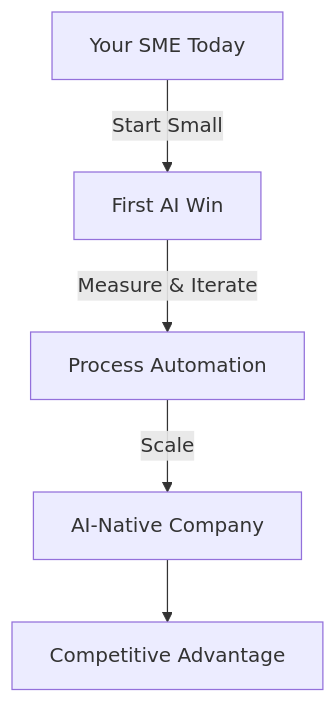
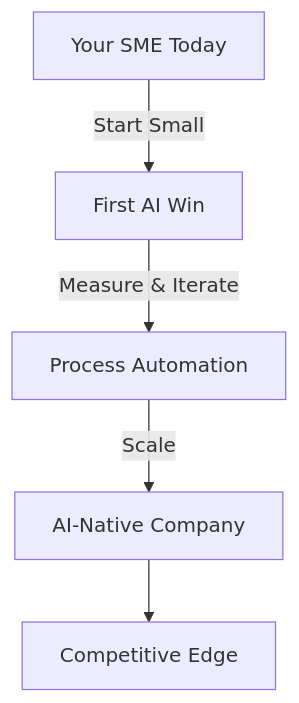
Before and after one commit to Toastaspiring/Portfolio2026: the seventh of 7 diagrams in posts/ai-for-sme.md, drawn with Mermaid. The commit also changed other lines of this file, not shown here.

````diff
--- a/posts/ai-for-sme.md
+++ b/posts/ai-for-sme.md
@@ -211,8 +211,8 @@
 ```mermaid
 graph TD
     A[Your SME Today] -->|Start Small| B[First AI Win]
     B -->|Measure & Iterate| C[Process Automation]
     C -->|Scale| D[AI-Native Company]
-    D --> E[Competitive Advantage]
+    D --> E[Competitive Edge]
     
 ```
````
